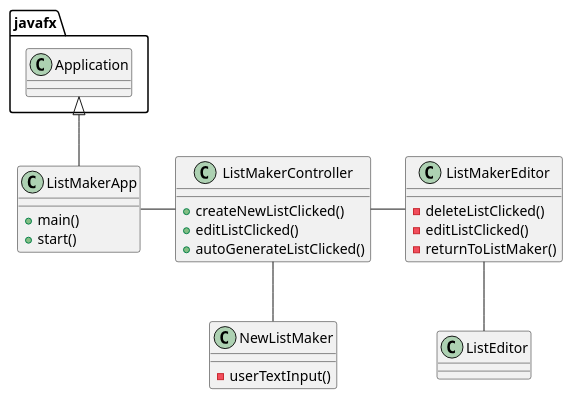
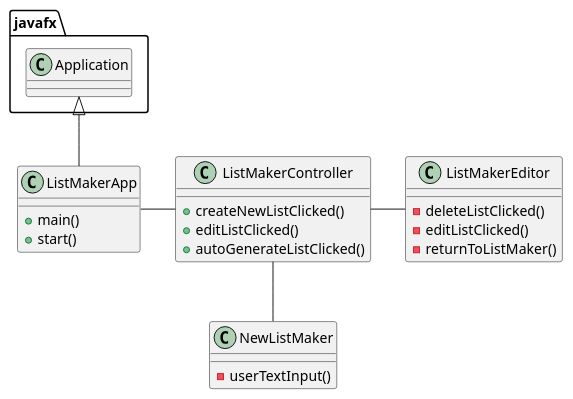
Before and after one commit to Ivedent-Lloyd-III/lloyd-cop3330-assignment4: the diagram in uml/ListMaker.puml, drawn with PlantUML. The commit also changed 4 other files, not shown here.

```diff
--- a/uml/ListMaker.puml
+++ b/uml/ListMaker.puml
@@ -1,36 +1,30 @@
 @startuml
 'https://plantuml.com/class-diagram
 
 class ListMakerApp {
     +main()
     +start()
 }
 
 class ListMakerController {
     +createNewListClicked()
     +editListClicked()
     +autoGenerateListClicked()
 }
 
 class NewListMaker {
     -userTextInput()
-
 }
 
 class ListMakerEditor {
     -deleteListClicked()
     -editListClicked()
     -returnToListMaker()
-
 }
-class ListEditor{
-}
-
 
 ListMakerController - ListMakerEditor
 ListMakerController -- NewListMaker
 ListMakerApp - ListMakerController
 javafx.Application <|-- ListMakerApp
-ListMakerEditor -- ListEditor
 
 @enduml
```
